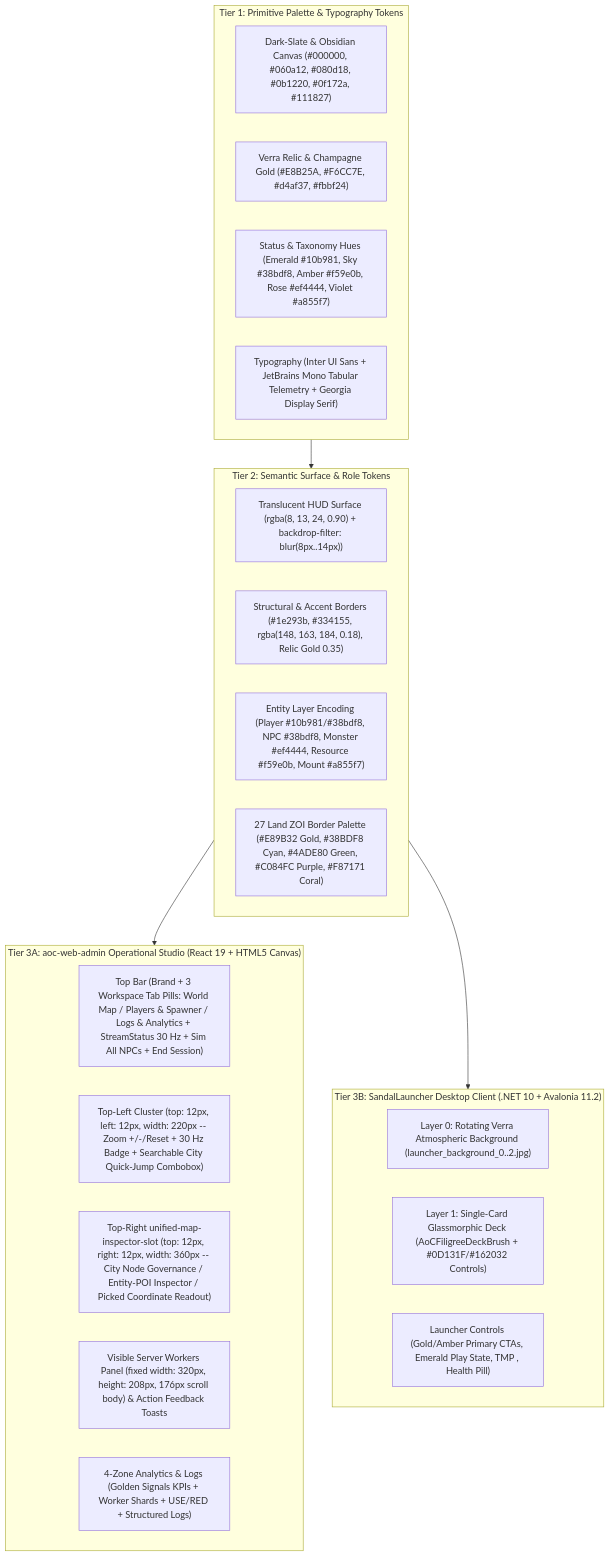
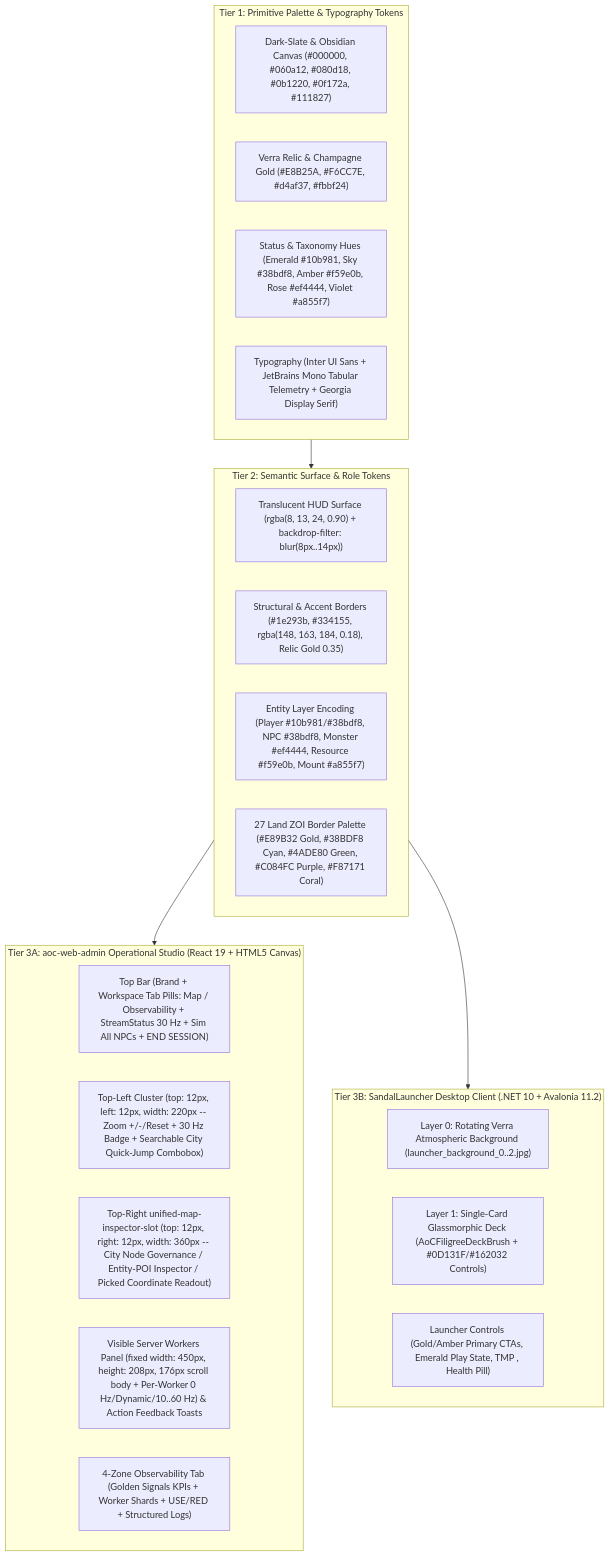
Before and after one commit to debuggin/SandalCore: the first of 2 diagrams in docs/UI_STYLE_GUIDE.md, drawn with Mermaid. The commit also changed other lines of this file and 114 other files, not shown here.

````diff
--- a/docs/UI_STYLE_GUIDE.md
+++ b/docs/UI_STYLE_GUIDE.md
@@ -44,34 +44,34 @@
 ```mermaid
 flowchart TB
     subgraph Tier1["Tier 1: Primitive Palette & Typography Tokens"]
         DarkSlate["Dark-Slate & Obsidian Canvas (#000000, #060a12, #080d18, #0b1220, #0f172a, #111827)"]
         RelicGold["Verra Relic & Champagne Gold (#E8B25A, #F6CC7E, #d4af37, #fbbf24)"]
         SemanticHues["Status & Taxonomy Hues (Emerald #10b981, Sky #38bdf8, Amber #f59e0b, Rose #ef4444, Violet #a855f7)"]
         FontStacks["Typography (Inter UI Sans + JetBrains Mono Tabular Telemetry + Georgia Display Serif)"]
     end
 
     subgraph Tier2["Tier 2: Semantic Surface & Role Tokens"]
         GlassHUD["Translucent HUD Surface (rgba(8, 13, 24, 0.90) + backdrop-filter: blur(8px..14px))"]
         BorderTokens["Structural & Accent Borders (#1e293b, #334155, rgba(148, 163, 184, 0.18), Relic Gold 0.35)"]
         EntityColors["Entity Layer Encoding (Player #10b981/#38bdf8, NPC #38bdf8, Monster #ef4444, Resource #f59e0b, Mount #a855f7)"]
         ZoiPalette["27 Land ZOI Border Palette (#E89B32 Gold, #38BDF8 Cyan, #4ADE80 Green, #C084FC Purple, #F87171 Coral)"]
     end
 
     subgraph Tier3Web["Tier 3A: aoc-web-admin Operational Studio (React 19 + HTML5 Canvas)"]
-        TopBar["Top Bar (Brand + 3 Workspace Tab Pills: World Map / Players & Spawner / Logs & Analytics + StreamStatus 30 Hz + Sim All NPCs + End Session)"]
+        TopBar["Top Bar (Brand + Workspace Tab Pills: Map / Observability + StreamStatus 30 Hz + Sim All NPCs + END SESSION)"]
         TopLeft["Top-Left Cluster (top: 12px, left: 12px, width: 220px -- Zoom +/-/Reset + 30 Hz Badge + Searchable City Quick-Jump Combobox)"]
         TopRightInspector["Top-Right unified-map-inspector-slot (top: 12px, right: 12px, width: 360px -- City Node Governance / Entity-POI Inspector / Picked Coordinate Readout)"]
-        WorkersAndToasts["Visible Server Workers Panel (fixed width: 320px, height: 208px, 176px scroll body) & Action Feedback Toasts"]
-        Analytics4Zone["4-Zone Analytics & Logs (Golden Signals KPIs + Worker Shards + USE/RED + Structured Logs)"]
+        WorkersAndToasts["Visible Server Workers Panel (fixed width: 450px, height: 208px, 176px scroll body + Per-Worker 0 Hz/Dynamic/10..60 Hz) & Action Feedback Toasts"]
+        Analytics4Zone["4-Zone Observability Tab (Golden Signals KPIs + Worker Shards + USE/RED + Structured Logs)"]
     end
 
     subgraph Tier3Desktop["Tier 3B: SandalLauncher Desktop Client (.NET 10 + Avalonia 11.2)"]
         HeroArt["Layer 0: Rotating Verra Atmospheric Background (launcher_background_0..2.jpg)"]
         GlassCard["Layer 1: Single-Card Glassmorphic Deck (AoCFiligreeDeckBrush + #0D131F/#162032 Controls)"]
         LauncherCTAs["Launcher Controls (Gold/Amber Primary CTAs, Emerald Play State, TMP <Word1><Word2><Word3>, Health Pill)"]
     end
 
     Tier1 --> Tier2
     Tier2 --> Tier3Web
     Tier2 --> Tier3Desktop
 ```
````
